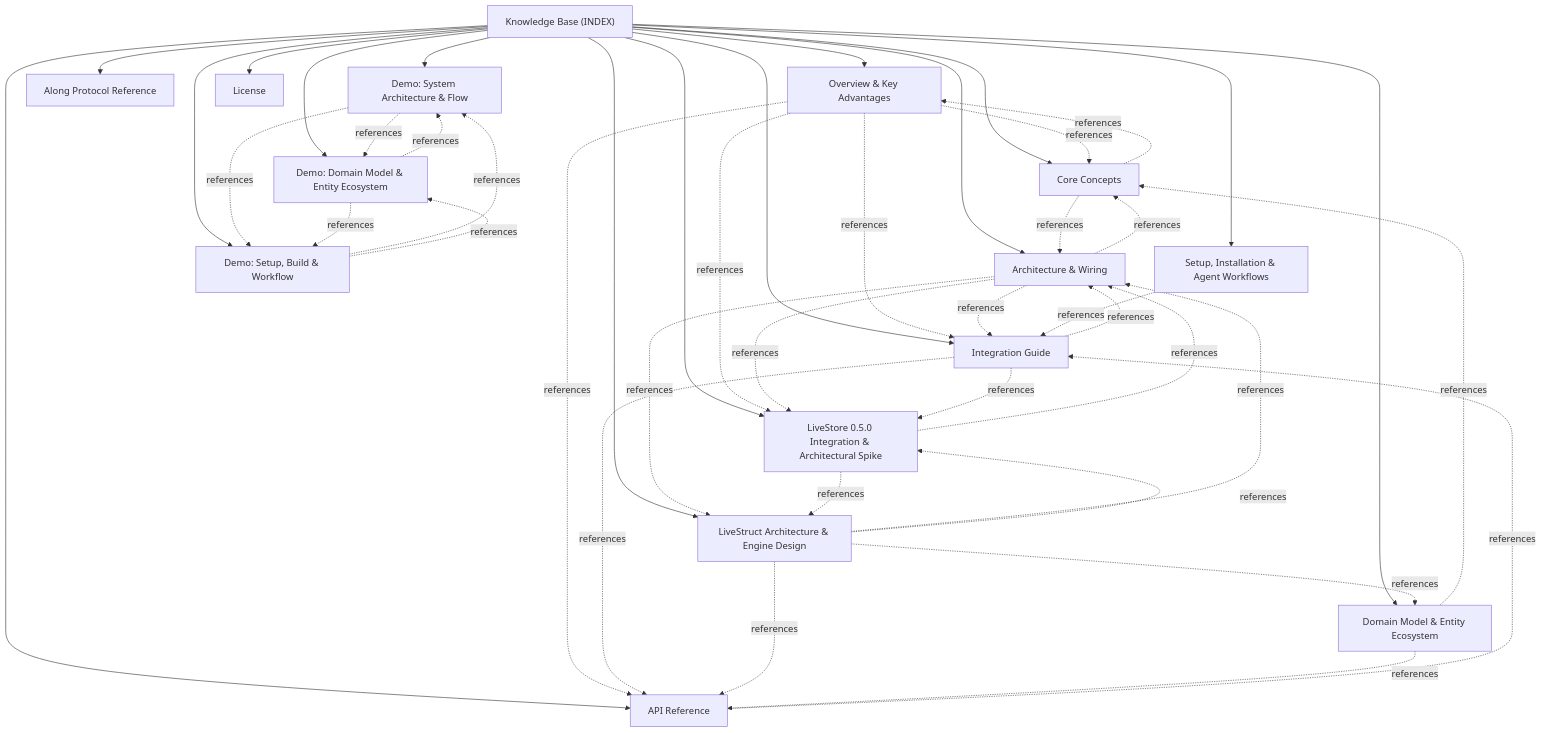
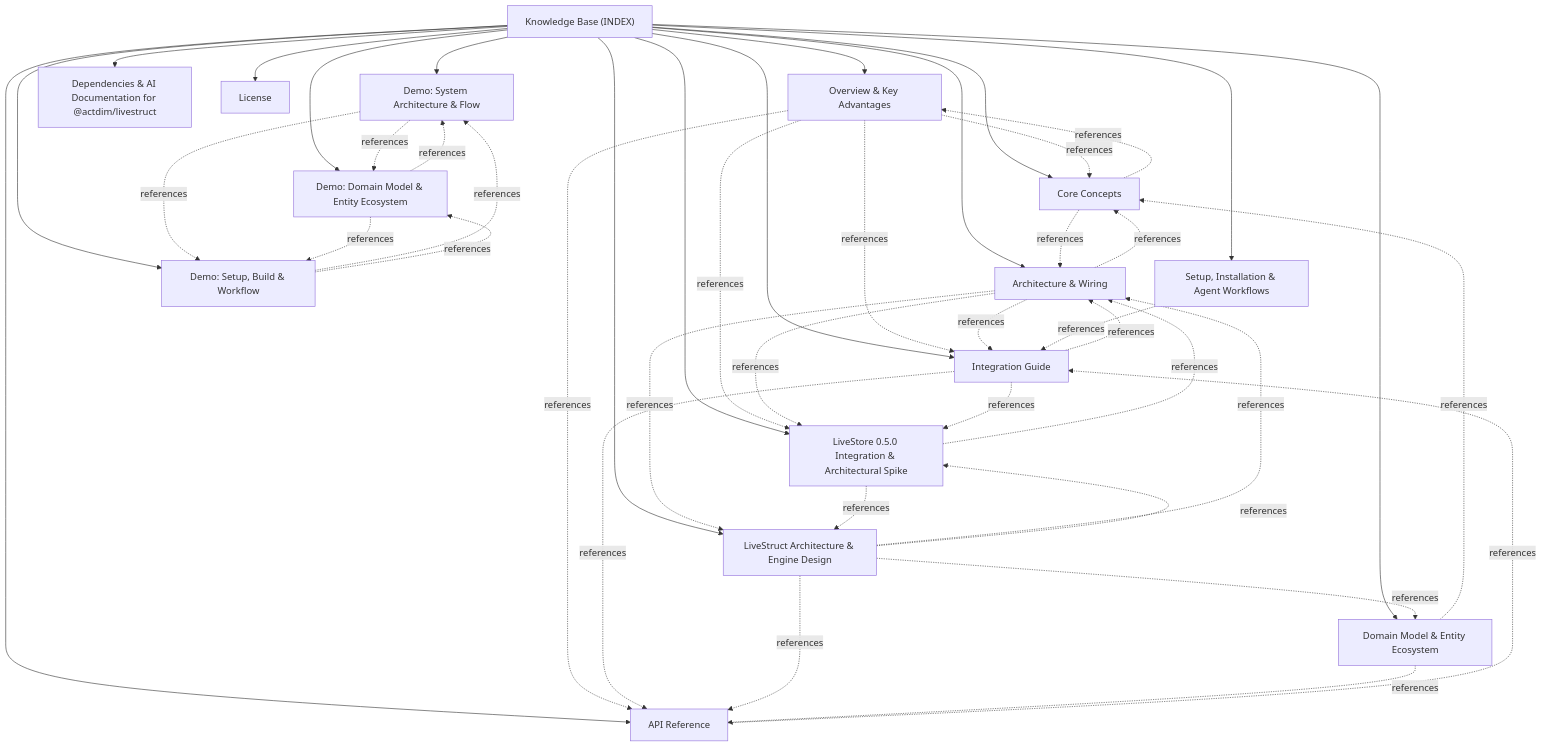
The diagram in docs/INDEX.md (actdim/livestruct), drawn with Mermaid before and after one commit. The commit also changed other lines of this file and 5 other files, not shown here.

Commit message:
docs: sync issues, dependencies and knowledge base index (refs #adopt-dev-config)

````diff
--- a/docs/INDEX.md
+++ b/docs/INDEX.md
@@ -17,61 +17,61 @@
 ```mermaid
 flowchart TD
     INDEX["Knowledge Base (INDEX)"]
     T_01_OVERVIEW_AND_ADVANTAGES["Overview & Key Advantages"]
     INDEX --> T_01_OVERVIEW_AND_ADVANTAGES
     T_02_CORE_CONCEPTS["Core Concepts"]
     INDEX --> T_02_CORE_CONCEPTS
     T_03_ARCHITECTURE_AND_WIRING["Architecture & Wiring"]
     INDEX --> T_03_ARCHITECTURE_AND_WIRING
     T_04_INTEGRATION_GUIDE["Integration Guide"]
     INDEX --> T_04_INTEGRATION_GUIDE
     T_05_API_REFERENCE["API Reference"]
     INDEX --> T_05_API_REFERENCE
-    T_ALONG_PROTOCOL["Along Protocol Reference"]
-    INDEX --> T_ALONG_PROTOCOL
     T_ARCHITECTURE["LiveStruct Architecture & Engine Design"]
     INDEX --> T_ARCHITECTURE
     T_DEMO_ARCHITECTURE["Demo: System Architecture & Flow"]
     INDEX --> T_DEMO_ARCHITECTURE
     T_DEMO_DOMAIN_MODEL["Demo: Domain Model & Entity Ecosystem"]
     INDEX --> T_DEMO_DOMAIN_MODEL
     T_DEMO_SETUP_AND_WORKFLOW["Demo: Setup, Build & Workflow"]
     INDEX --> T_DEMO_SETUP_AND_WORKFLOW
+    T_DEPENDENCIES["Dependencies & AI Documentation for @actdim/livestruct"]
+    INDEX --> T_DEPENDENCIES
     T_DOMAIN_MODEL["Domain Model & Entity Ecosystem"]
     INDEX --> T_DOMAIN_MODEL
     T_LICENSE["License"]
     INDEX --> T_LICENSE
     T_LIVESTORE_INTEGRATION["LiveStore 0.5.0 Integration & Architectural Spike"]
     INDEX --> T_LIVESTORE_INTEGRATION
     T_SETUP_AND_WORKFLOW["Setup, Installation & Agent Workflows"]
     INDEX --> T_SETUP_AND_WORKFLOW
     T_01_OVERVIEW_AND_ADVANTAGES -.->|references| T_02_CORE_CONCEPTS
     T_01_OVERVIEW_AND_ADVANTAGES -.->|references| T_LIVESTORE_INTEGRATION
     T_01_OVERVIEW_AND_ADVANTAGES -.->|references| T_04_INTEGRATION_GUIDE
     T_01_OVERVIEW_AND_ADVANTAGES -.->|references| T_05_API_REFERENCE
     T_02_CORE_CONCEPTS -.->|references| T_01_OVERVIEW_AND_ADVANTAGES
     T_02_CORE_CONCEPTS -.->|references| T_03_ARCHITECTURE_AND_WIRING
     T_03_ARCHITECTURE_AND_WIRING -.->|references| T_02_CORE_CONCEPTS
     T_03_ARCHITECTURE_AND_WIRING -.->|references| T_04_INTEGRATION_GUIDE
     T_03_ARCHITECTURE_AND_WIRING -.->|references| T_ARCHITECTURE
     T_03_ARCHITECTURE_AND_WIRING -.->|references| T_LIVESTORE_INTEGRATION
     T_04_INTEGRATION_GUIDE -.->|references| T_03_ARCHITECTURE_AND_WIRING
     T_04_INTEGRATION_GUIDE -.->|references| T_05_API_REFERENCE
     T_04_INTEGRATION_GUIDE -.->|references| T_LIVESTORE_INTEGRATION
     T_05_API_REFERENCE -.->|references| T_04_INTEGRATION_GUIDE
     T_ARCHITECTURE -.->|references| T_03_ARCHITECTURE_AND_WIRING
     T_ARCHITECTURE -.->|references| T_DOMAIN_MODEL
     T_ARCHITECTURE -.->|references| T_LIVESTORE_INTEGRATION
     T_ARCHITECTURE -.->|references| T_05_API_REFERENCE
     T_DEMO_ARCHITECTURE -.->|references| T_DEMO_DOMAIN_MODEL
     T_DEMO_ARCHITECTURE -.->|references| T_DEMO_SETUP_AND_WORKFLOW
     T_DEMO_DOMAIN_MODEL -.->|references| T_DEMO_ARCHITECTURE
     T_DEMO_DOMAIN_MODEL -.->|references| T_DEMO_SETUP_AND_WORKFLOW
     T_DEMO_SETUP_AND_WORKFLOW -.->|references| T_DEMO_ARCHITECTURE
     T_DEMO_SETUP_AND_WORKFLOW -.->|references| T_DEMO_DOMAIN_MODEL
     T_DOMAIN_MODEL -.->|references| T_02_CORE_CONCEPTS
     T_DOMAIN_MODEL -.->|references| T_05_API_REFERENCE
     T_LIVESTORE_INTEGRATION -.->|references| T_ARCHITECTURE
     T_LIVESTORE_INTEGRATION -.->|references| T_03_ARCHITECTURE_AND_WIRING
     T_SETUP_AND_WORKFLOW -.->|references| T_04_INTEGRATION_GUIDE
 ```
````
